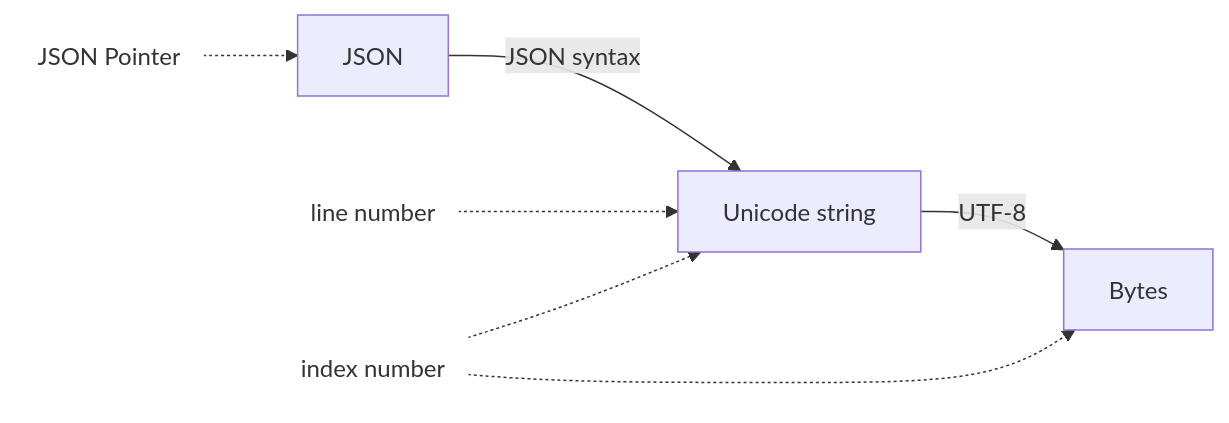
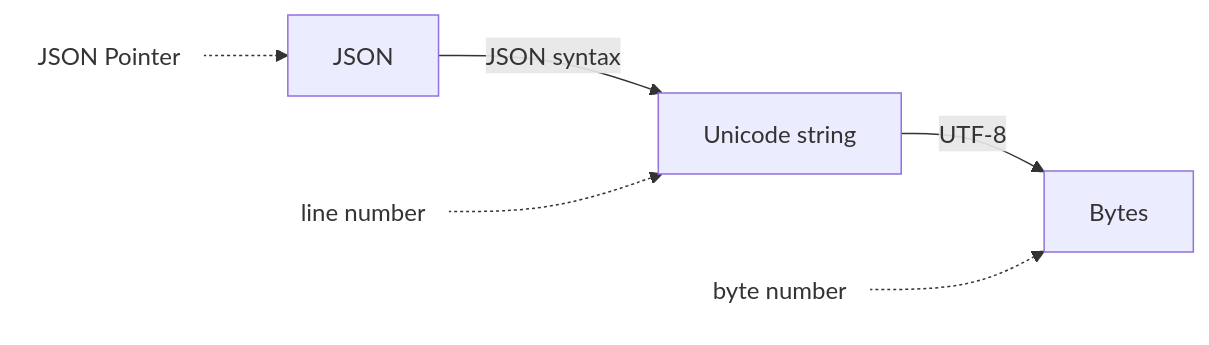
One commit to gbv/validation-error-format changed the second of 2 diagrams in index.qmd. Above: the diagram before and after it, drawn with Mermaid. The commit also changed other lines of this file, not shown here.

````diff
--- a/index.qmd
+++ b/index.qmd
@@ -51,19 +51,18 @@
 ```{mermaid fig-align=left}
 graph LR
    JSON -- JSON syntax --> Unicode
    Unicode -- UTF-8   --> Bytes
    Unicode[Unicode string]
 
    jsonpointer(JSON Pointer)
    line(line number)
-   index(index number)
-   index -.-> Unicode
+   offset(byte number)
 
    style jsonpointer fill:#fff,stroke:#fff
    style line fill:#fff,stroke:#fff
-   style index fill:#fff,stroke:#fff
+   style offset fill:#fff,stroke:#fff
 
    jsonpointer -.-> JSON
    line -.-> Unicode
-   index -.-> Bytes
+   offset -.-> Bytes
 ```
````
